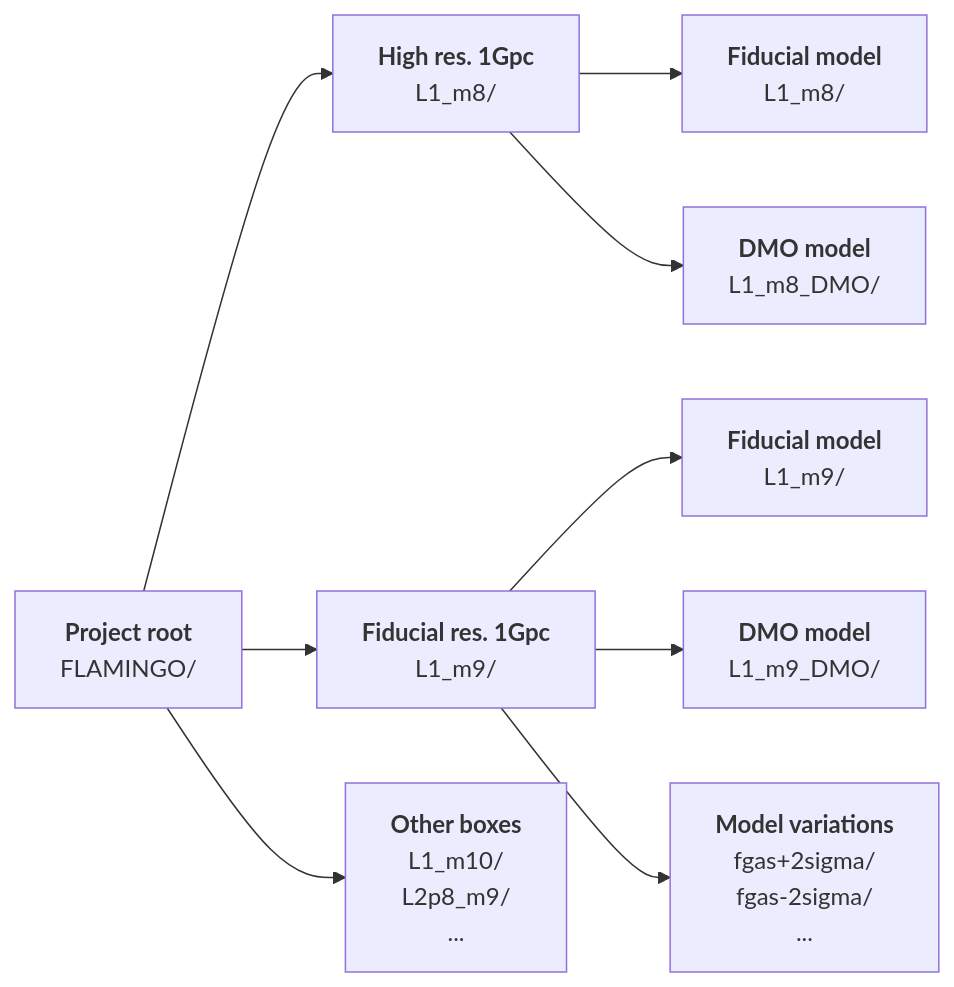
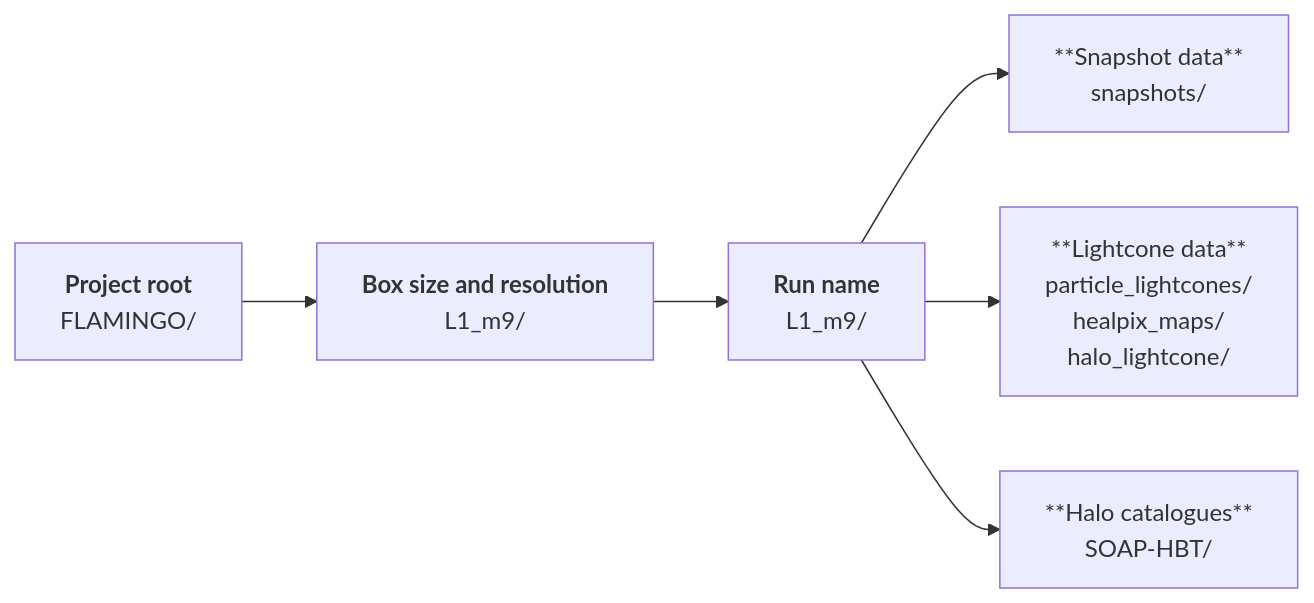
One commit to jchelly/flamingo-docs changed the diagram in source/simulations/layout.rst. Above: the diagram before and after it, drawn with Mermaid. The commit also changed other lines of this file, not shown here.

Commit message:
Simplify simulation layout flowchart

```diff
--- a/source/simulations/layout.rst
+++ b/source/simulations/layout.rst
@@ -12,29 +12,19 @@
 .. mermaid::
 
    flowchart LR
      flamingo["`**Project root**
      FLAMINGO/`"]
 
-     flamingo --> L1_m8["`**High res. 1Gpc**
-     L1_m8/`"]
-     L1_m8-->L1_m8_fiducial["`**Fiducial model**
-     L1_m8/`"]
-     L1_m8-->L1_m8_dmo["`**DMO model**
-     L1_m8_DMO/`"]
+     flamingo --> L1_m9["`**Box size and resolution**
+     L1_m9/`"]
+     L1_m9-->L1_m9_fiducial["`**Run name**
+     L1_m9/`"]
 
-     flamingo --> L1_m9["`**Fiducial res. 1Gpc**
-     L1_m9/`"]
-     L1_m9-->L1_m9_fiducial["`**Fiducial model**
-     L1_m9/`"]
-     L1_m9-->L1_m9_dmo["`**DMO model**
-     L1_m9_DMO/`"]
-
-     L1_m9-->L1_m9_variations["`**Model variations**
-     fgas+2sigma/
-     fgas-2sigma/
-     ...`"]
-
-     flamingo --> others["`**Other boxes**
-     L1_m10/
-     L2p8_m9/
-     ...`"]
+     L1_m9_fiducial-->snapshots["**Snapshot data**
+     snapshots/"]
+     L1_m9_fiducial-->particle_lc["**Lightcone data**
+     particle_lightcones/
+     healpix_maps/
+     halo_lightcone/"]
+     L1_m9_fiducial-->soap["**Halo catalogues**
+     SOAP-HBT/"]
```
